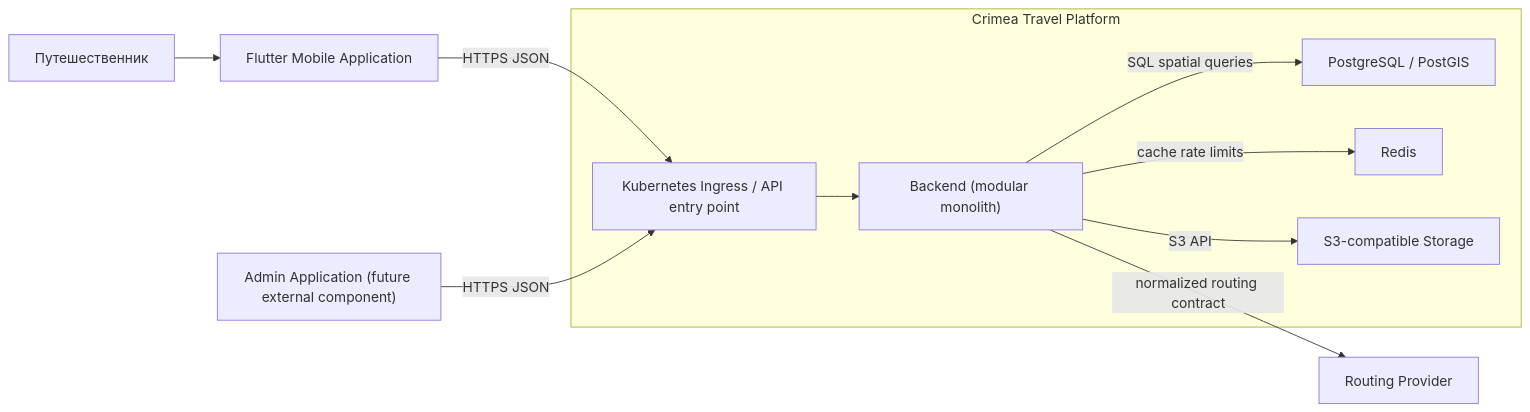
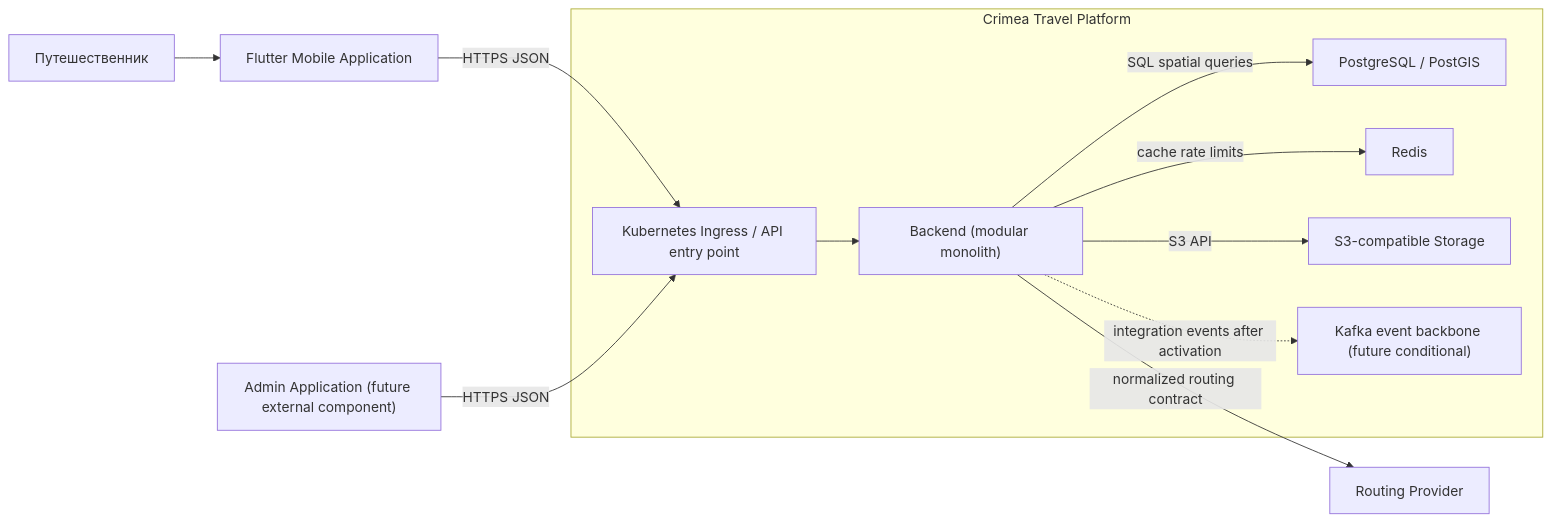
Before and after one commit to crimea-travel-platform/tourism-platform: the diagram in docs/diagrams/container-diagram.md, drawn with Mermaid. The commit also changed other lines of this file and 8 other files, not shown here.

First line of the commit message:
docs: plan Kafka event backbone

````diff
--- a/docs/diagrams/container-diagram.md
+++ b/docs/diagrams/container-diagram.md
@@ -6,24 +6,26 @@
 ```mermaid
 flowchart LR
     Traveler[Путешественник]
     Flutter["Flutter Mobile Application"]
     Admin["Admin Application (future external component)"]
     Routing["Routing Provider"]
 
     subgraph cluster [Crimea Travel Platform]
         Ingress["Kubernetes Ingress / API entry point"]
         Backend["Backend (modular monolith)"]
         PostgreSQL["PostgreSQL / PostGIS"]
         Redis["Redis"]
         Storage["S3-compatible Storage"]
+        Kafka["Kafka event backbone (future conditional)"]
     end
 
     Traveler --> Flutter
     Flutter -->|HTTPS JSON| Ingress
     Admin -->|HTTPS JSON| Ingress
     Ingress --> Backend
     Backend -->|SQL spatial queries| PostgreSQL
     Backend -->|cache rate limits| Redis
     Backend -->|S3 API| Storage
     Backend -->|normalized routing contract| Routing
+    Backend -.->|integration events after activation| Kafka
 ```
````
